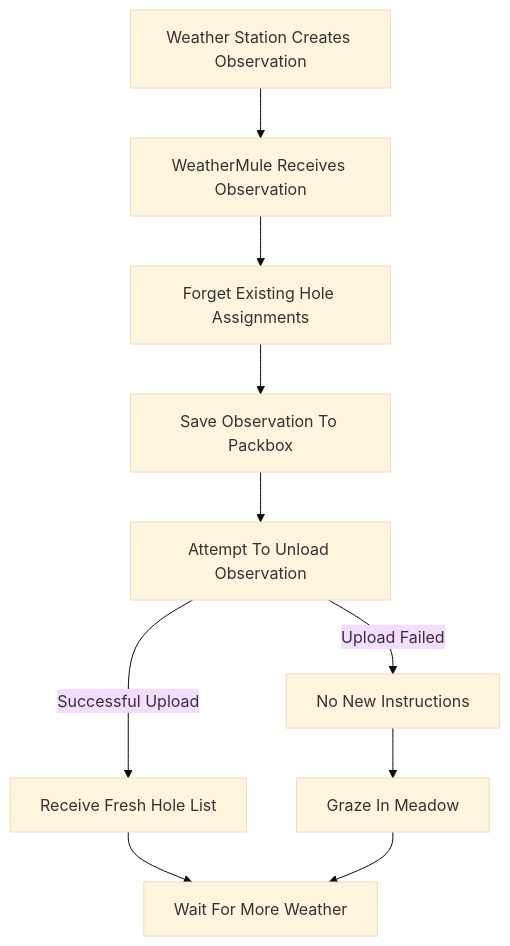
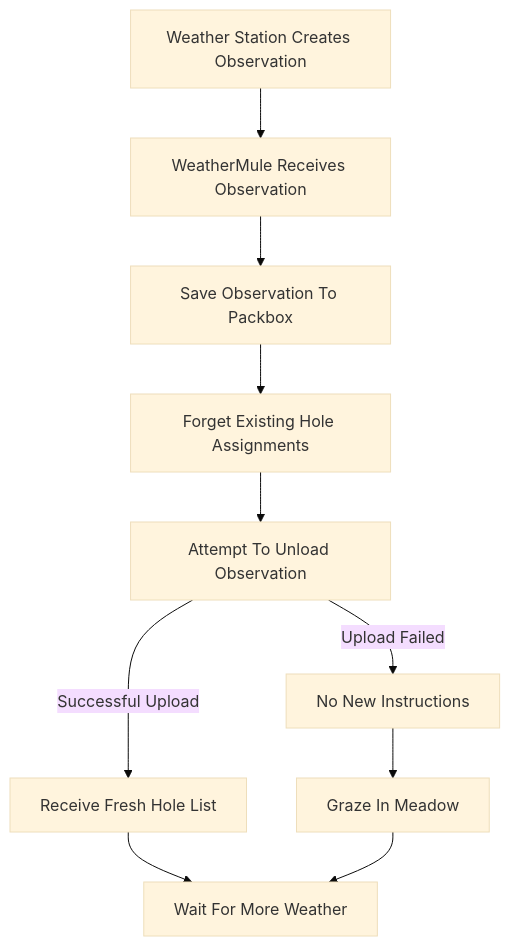
Before and after one commit to RichardSkeen/WeatherMule: the diagram in docs/project-story/life-of-a-weather-observation.md, drawn with Mermaid (base theme). The commit also changed other lines of this file and 9 other files, not shown here.

````diff
--- a/docs/project-story/life-of-a-weather-observation.md
+++ b/docs/project-story/life-of-a-weather-observation.md
@@ -38,22 +38,13 @@
 ```mermaid
 flowchart TD
-
     A[Weather Station Creates Observation]
         --> B[WeatherMule Receives Observation]
-
-    B --> C[Forget Existing Hole Assignments]
-
-    C --> D[Save Observation To Packbox]
-
+    B --> C[Save Observation To Packbox]
+    C --> D[Forget Existing Hole Assignments]
     D --> E[Attempt To Unload Observation]
-
     E -->|Successful Upload| F[Receive Fresh Hole List]
-
     E -->|Upload Failed| G[No New Instructions]
-
     F --> H[Wait For More Weather]
-
     G --> I[Graze In Meadow]
-
     I --> H
 ```
````
